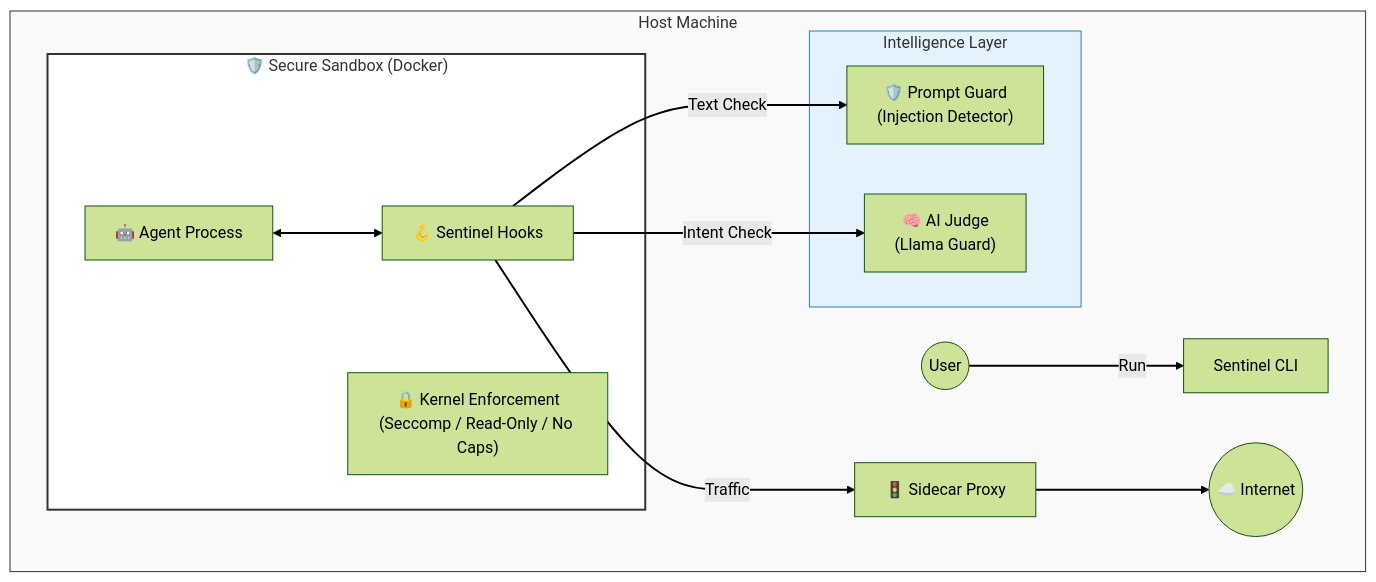
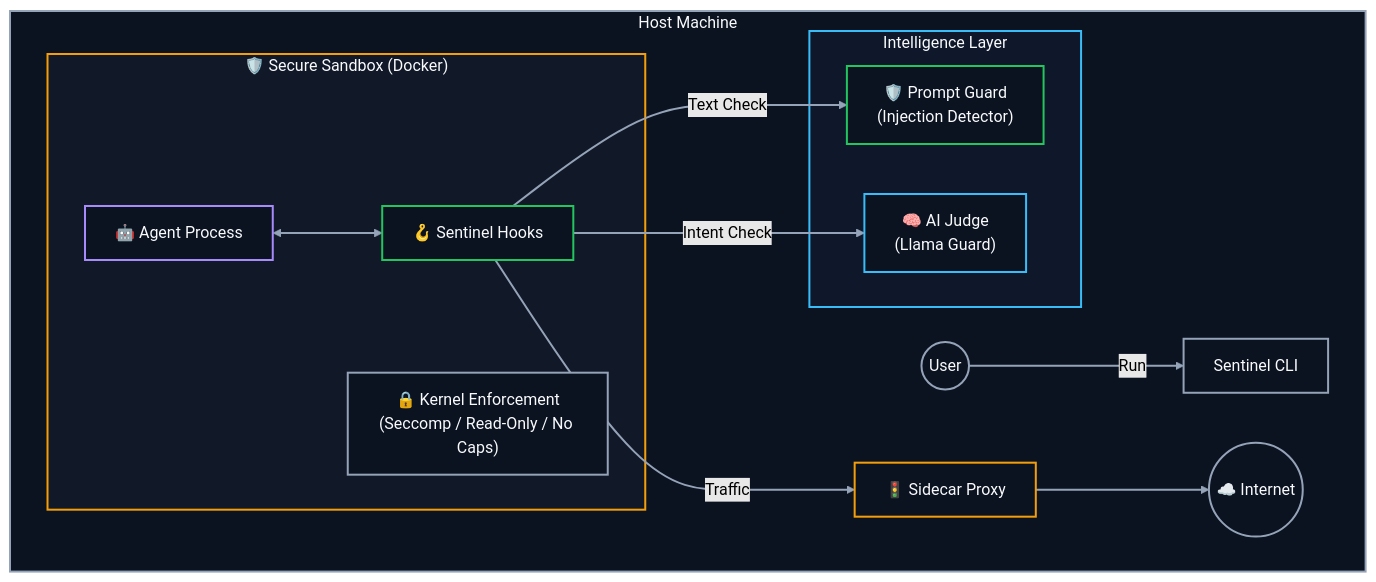
The diagram in README.md (martin-tii/sentinel-guard), drawn with Mermaid (forest theme) before and after one commit.

Commit message:
docs: improve architecture diagram contrast for dark mode

````diff
--- a/README.md
+++ b/README.md
@@ -48,36 +48,47 @@
 ```mermaid
 graph TD
     subgraph Host ["Host Machine"]
-        style Host fill:#f9f9f9,stroke:#333
+        style Host fill:#0b1220,stroke:#94a3b8,stroke-width:2px,color:#f8fafc
 
         User((User)) -->|Run| CLI["Sentinel CLI"]
 
         subgraph Sandbox ["🛡️ Secure Sandbox (Docker)"]
-            style Sandbox fill:#ffffff,stroke:#333,stroke-width:2px
+            style Sandbox fill:#111827,stroke:#f59e0b,stroke-width:2px,color:#f8fafc
 
             Agent["🤖 Agent Process"]
             Hooks["🪝 Sentinel Hooks"]
             Kernel["🔒 Kernel Enforcement\n(Seccomp / Read-Only / No Caps)"]
 
             Agent <--> Hooks
         end
 
         subgraph Models ["Intelligence Layer"]
-            style Models fill:#e3f2fd,stroke:#2980b9
+            style Models fill:#0f172a,stroke:#38bdf8,stroke-width:2px,color:#f8fafc
             PG["🛡️ Prompt Guard\n(Injection Detector)"]
             Judge["🧠 AI Judge\n(Llama Guard)"]
         end
 
         Proxy["🚦 Sidecar Proxy"]
+        Internet((☁️ Internet))
 
         %% Connections
         Hooks -->|Text Check| PG
         Hooks -->|Intent Check| Judge
         Hooks -->|Traffic| Proxy
-
-        Proxy --> Internet((☁️ Internet))
+        Proxy --> Internet
     end
 
-    %% Styling
-    linkStyle default stroke-width:2px,fill:none;
+    %% Node styles
+    style User fill:#0b1220,stroke:#94a3b8,stroke-width:2px,color:#f8fafc
+    style CLI fill:#0b1220,stroke:#94a3b8,stroke-width:2px,color:#f8fafc
+    style Agent fill:#0b1220,stroke:#a78bfa,stroke-width:2px,color:#f8fafc
+    style Hooks fill:#0b1220,stroke:#22c55e,stroke-width:2px,color:#f8fafc
+    style Kernel fill:#0b1220,stroke:#94a3b8,stroke-width:2px,color:#f8fafc
+    style PG fill:#0b1220,stroke:#22c55e,stroke-width:2px,color:#f8fafc
+    style Judge fill:#0b1220,stroke:#38bdf8,stroke-width:2px,color:#f8fafc
+    style Proxy fill:#0b1220,stroke:#f59e0b,stroke-width:2px,color:#f8fafc
+    style Internet fill:#0b1220,stroke:#94a3b8,stroke-width:2px,color:#f8fafc
+
+    %% Link styling
+    linkStyle default stroke:#94a3b8,stroke-width:2px,fill:none;
 ```
````
